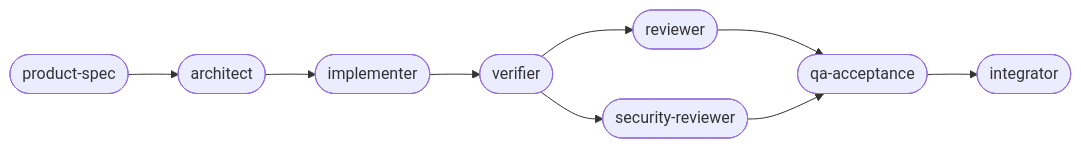
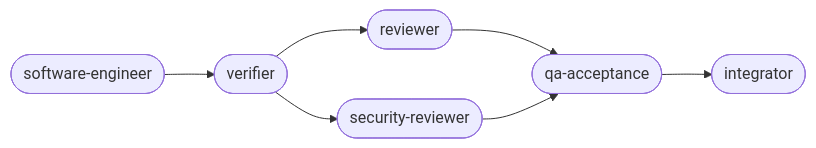
The diagram in skills/closed-loop/team.md (leeran7/building-blocks), drawn with Mermaid before and after one commit. The commit also changed other lines of this file and 45 other files, not shown here.

First line of the commit message:
refactor: merge product-spec + architect + implementer into software-engineer

````diff
--- a/skills/closed-loop/team.md
+++ b/skills/closed-loop/team.md
@@ -22,11 +22,9 @@
 ```mermaid
 graph LR
-  PS([product-spec]) --> A([architect])
-  A --> I([implementer])
-  I --> V([verifier])
+  SE([software-engineer]) --> V([verifier])
   V --> R([reviewer])
   V --> SR([security-reviewer])
   R --> QA([qa-acceptance])
   SR --> QA
   QA --> INT([integrator])
 ```
````
